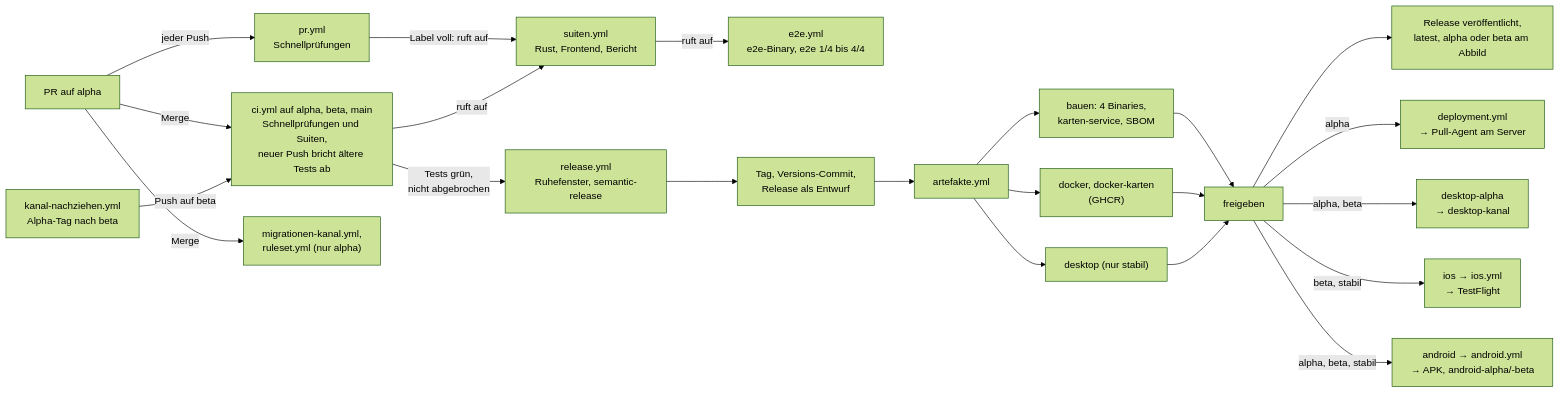
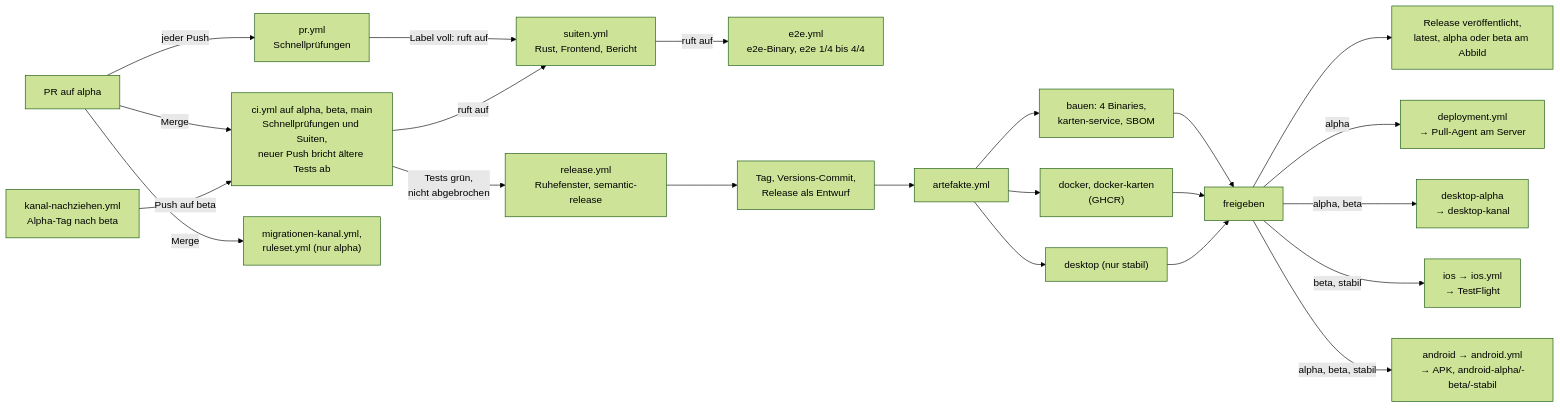
Before and after one commit to rubenvitt/lifeline-hub: the second of 2 diagrams in docs/architektur/07-verteilungssicht.md, drawn with Mermaid (forest theme). The commit also changed other lines of this file and 8 other files, not shown here.

````diff
--- a/docs/architektur/07-verteilungssicht.md
+++ b/docs/architektur/07-verteilungssicht.md
@@ -162,24 +162,24 @@
 ```mermaid
 flowchart LR
   PR["PR auf alpha"] -->|jeder Push| CIPR["pr.yml<br/>Schnellprüfungen"]
   PR -->|Merge| CI["ci.yml auf alpha, beta, main<br/>Schnellprüfungen und Suiten,<br/>neuer Push bricht ältere Tests ab"]
   PR -->|Merge| KAN["migrationen-kanal.yml,<br/>ruleset.yml (nur alpha)"]
   CIPR -->|"Label voll: ruft auf"| SU["suiten.yml<br/>Rust, Frontend, Bericht"]
   CI -->|ruft auf| SU
   SU -->|ruft auf| E2E["e2e.yml<br/>e2e-Binary, e2e 1/4 bis 4/4"]
   CI -->|"Tests grün,<br/>nicht abgebrochen"| REL["release.yml<br/>Ruhefenster, semantic-release"]
   REL --> TAG["Tag, Versions-Commit,<br/>Release als Entwurf"]
   TAG --> ART["artefakte.yml"]
   ART --> B["bauen: 4 Binaries,<br/>karten-service, SBOM"]
   ART --> D["docker, docker-karten<br/>(GHCR)"]
   ART --> DS["desktop (nur stabil)"]
   NZ["kanal-nachziehen.yml<br/>Alpha-Tag nach beta"] -->|Push auf beta| CI
   B --> F["freigeben"]
   D --> F
   DS --> F
   F --> PUB["Release veröffentlicht,<br/>latest, alpha oder beta am Abbild"]
   F -->|alpha| DEP["deployment.yml<br/>→ Pull-Agent am Server"]
   F -->|alpha, beta| DA["desktop-alpha<br/>→ desktop-kanal"]
   F -->|beta, stabil| IOSJ["ios → ios.yml<br/>→ TestFlight"]
-  F -->|"alpha, beta, stabil"| ANDJ["android → android.yml<br/>→ APK, android-alpha/-beta"]
+  F -->|"alpha, beta, stabil"| ANDJ["android → android.yml<br/>→ APK, android-alpha/-beta/-stabil"]
 ```
````
